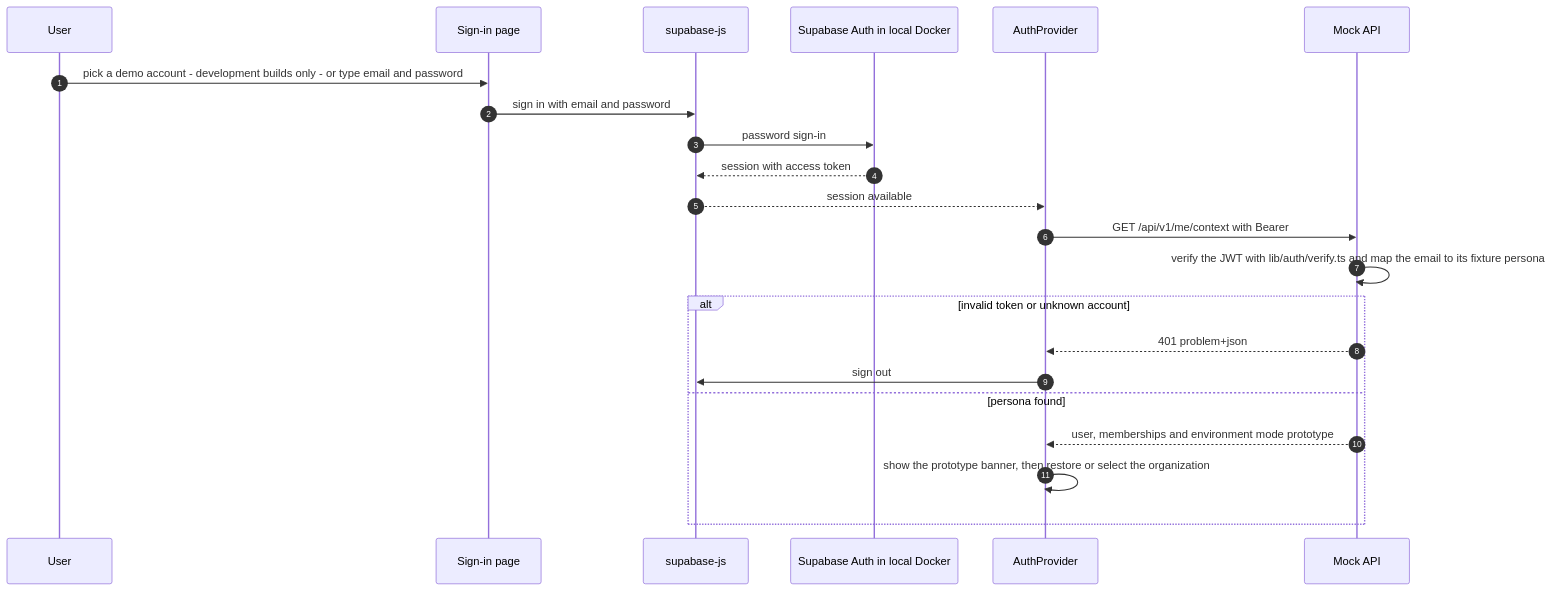
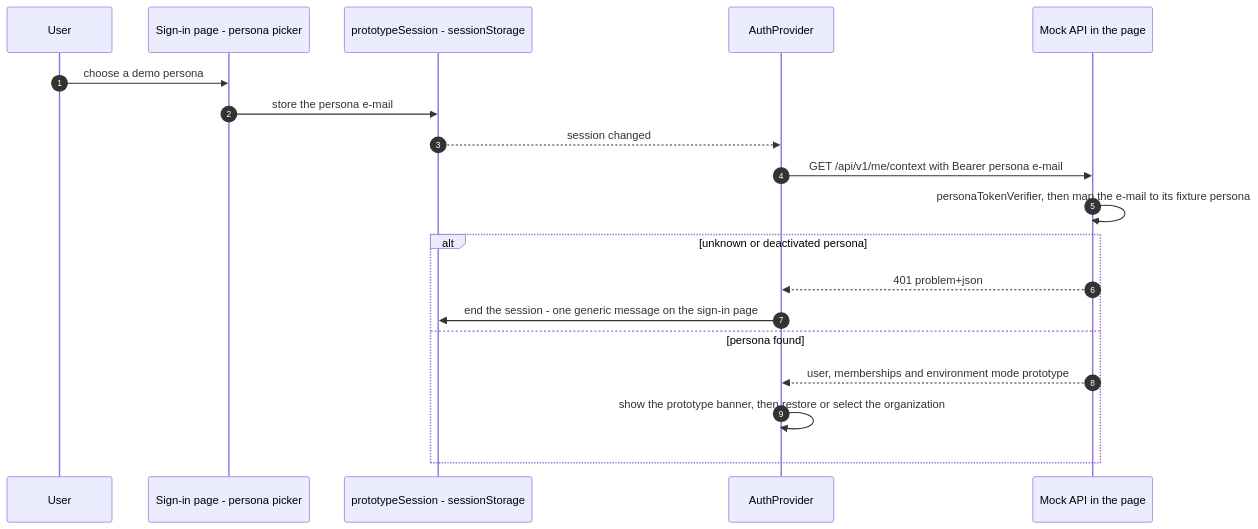
Before and after one commit to wemaketools/tenderiq: the seventh of 7 diagrams in docs/technical/09-frontend.md, drawn with Mermaid. The commit also changed other lines of this file and 157 other files, not shown here.

````diff
--- a/docs/technical/09-frontend.md
+++ b/docs/technical/09-frontend.md
@@ -871,24 +868,21 @@
 ```mermaid
 sequenceDiagram
   autonumber
   participant U as User
-  participant SI as Sign-in page
-  participant SB as supabase-js
-  participant SA as Supabase Auth in local Docker
+  participant SI as Sign-in page - persona picker
+  participant PS as prototypeSession - sessionStorage
   participant AP as AuthProvider
-  participant M as Mock API
-  U->>SI: pick a demo account - development builds only - or type email and password
-  SI->>SB: sign in with email and password
-  SB->>SA: password sign-in
-  SA-->>SB: session with access token
-  SB-->>AP: session available
-  AP->>M: GET /api/v1/me/context with Bearer
-  M->>M: verify the JWT with lib/auth/verify.ts and map the email to its fixture persona
-  alt invalid token or unknown account
+  participant M as Mock API in the page
+  U->>SI: choose a demo persona
+  SI->>PS: store the persona e-mail
+  PS-->>AP: session changed
+  AP->>M: GET /api/v1/me/context with Bearer persona e-mail
+  M->>M: personaTokenVerifier, then map the e-mail to its fixture persona
+  alt unknown or deactivated persona
     M-->>AP: 401 problem+json
-    AP->>SB: sign out
+    AP->>PS: end the session - one generic message on the sign-in page
   else persona found
     M-->>AP: user, memberships and environment mode prototype
     AP->>AP: show the prototype banner, then restore or select the organization
   end
 ```
````
